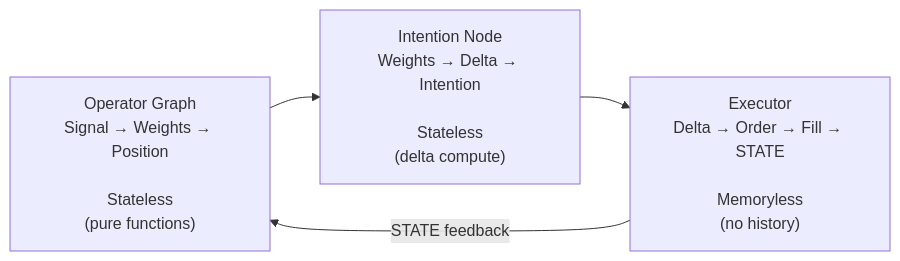
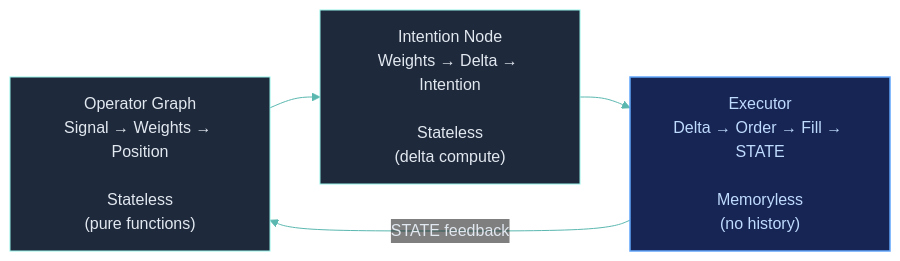
The diagram in engine/operator-protocol.mdx (Clypt/docs), drawn with Mermaid before and after one commit. The commit also changed other lines of this file and 73 other files, not shown here.

````diff
--- a/engine/operator-protocol.mdx
+++ b/engine/operator-protocol.mdx
@@ -309,6 +309,11 @@
 ```mermaid
+%%{init: {'theme': 'base', 'themeVariables': { 'primaryColor': '#1e293b', 'primaryTextColor': '#e2e8f0', 'primaryBorderColor': '#94F1E8', 'lineColor': '#5bb8b0', 'clusterBkg': '#0f172a', 'clusterBorder': '#1e3a3a', 'titleColor': '#94F1E8', 'edgeLabelBackground': 'transparent' }}}%%
 flowchart LR
+    classDef action fill:#172554,stroke:#60a5fa,stroke-width:1.5px,color:#bfdbfe
+
     OG["Operator Graph<br>Signal → Weights → Position<br><br>Stateless<br>(pure functions)"] --> IN["Intention Node<br>Weights → Delta → Intention<br><br>Stateless<br>(delta compute)"]
     IN --> EX["Executor<br>Delta → Order → Fill → STATE<br><br>Memoryless<br>(no history)"]
     EX -- "STATE feedback" --> OG
+
+    class EX action
 ```
````
